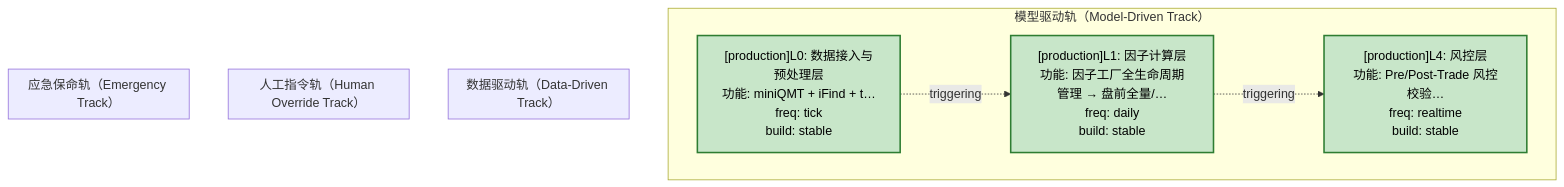
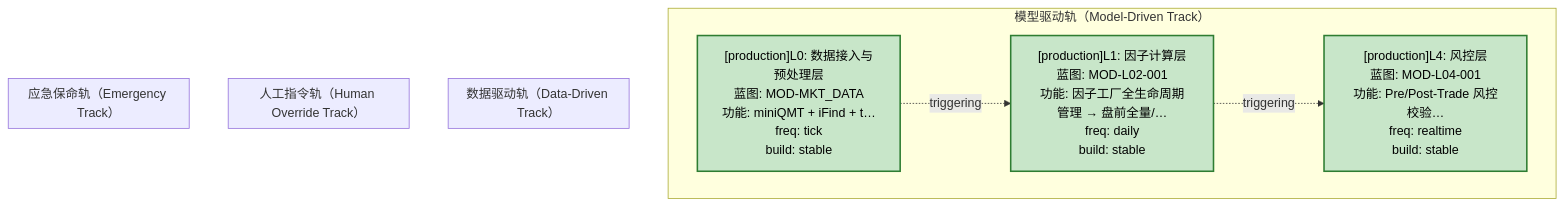
Before and after one commit to xuanFelixVan/ZephyrAlpha: the second of 5 diagrams in docs/02_enterprise_architecture/06_decision_architecture/decision_index.md, drawn with Mermaid. The commit also changed other lines of this file and 10 other files, not shown here.

First line of the commit message:
chore(arch): auto-regenerate architecture diagrams by GitCommitGateway post-commit

````diff
--- a/docs/02_enterprise_architecture/06_decision_architecture/decision_index.md
+++ b/docs/02_enterprise_architecture/06_decision_architecture/decision_index.md
@@ -719,22 +719,22 @@
 ```mermaid
 flowchart TD
     subgraph track_model_driven["模型驱动轨（Model-Driven Track）"]
-        LL0["[production]L0: 数据接入与预处理层<br/>功能: miniQMT + iFind + t…<br/>freq: tick<br/>build: stable"]:::bsStable
-        LL1["[production]L1: 因子计算层<br/>功能: 因子工厂全生命周期管理 → 盘前全量/…<br/>freq: daily<br/>build: stable"]:::bsStable
-        LL4["[production]L4: 风控层<br/>功能: Pre/Post-Trade 风控校验…<br/>freq: realtime<br/>build: stable"]:::bsStable
+        LL0["[production]L0: 数据接入与预处理层<br/>蓝图: MOD-MKT_DATA<br/>功能: miniQMT + iFind + t…<br/>freq: tick<br/>build: stable"]:::bsStable
+        LL1["[production]L1: 因子计算层<br/>蓝图: MOD-L02-001<br/>功能: 因子工厂全生命周期管理 → 盘前全量/…<br/>freq: daily<br/>build: stable"]:::bsStable
+        LL4["[production]L4: 风控层<br/>蓝图: MOD-L04-001<br/>功能: Pre/Post-Trade 风控校验…<br/>freq: realtime<br/>build: stable"]:::bsStable
     end
     subgraph track_data_driven["数据驱动轨（Data-Driven Track）"]
     end
     subgraph track_human_override["人工指令轨（Human Override Track）"]
     end
     subgraph track_emergency["应急保命轨（Emergency Track）"]
     end
     LL0 -.->|triggering| LL1
     LL1 -.->|triggering| LL4
 
     classDef bsStable fill:#c8e6c9,stroke:#2e7d32,stroke-width:2px,color:#000
     classDef bsGenerated fill:#fff9c4,stroke:#f9a825,stroke-width:2px,color:#000
     classDef bsTesting fill:#ffe0b2,stroke:#ef6c00,stroke-width:2px,color:#000
     classDef bsPlanned fill:#e1f5fe,stroke:#0277bd,stroke-width:2px,color:#000,stroke-dasharray: 5 5
     classDef bsDeprecated fill:#ffcdd2,stroke:#c62828,stroke-width:2px,color:#000,stroke-dasharray: 5 5
 ```
````
